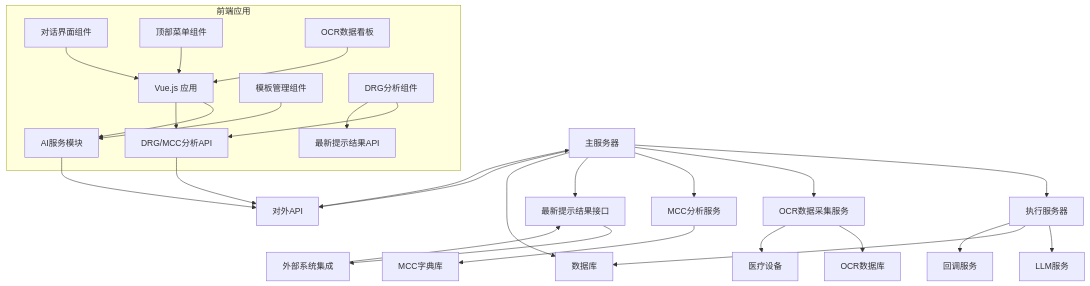
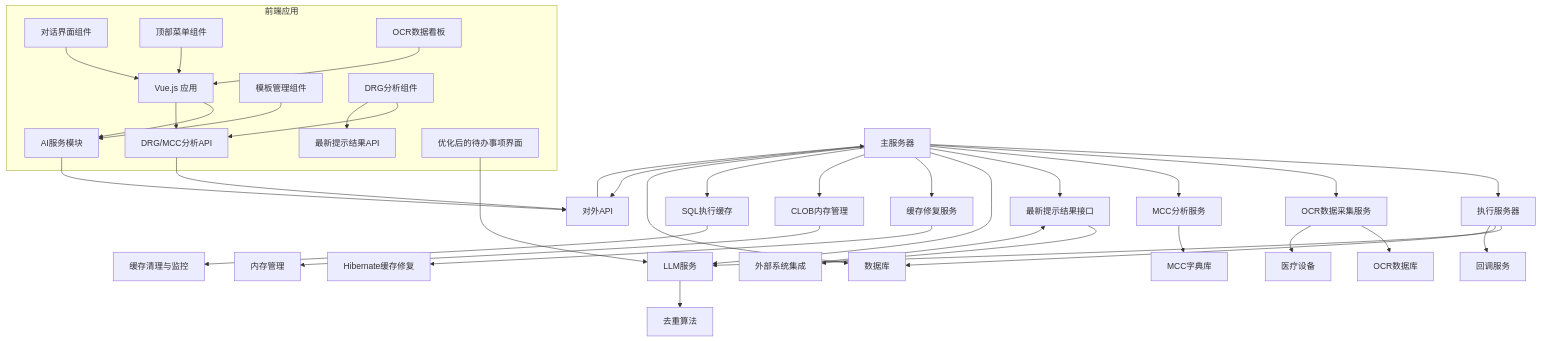
Before and after one commit to liuzh2008/med_ai_assistant_workspace: the second of 20 diagrams in .qoder/repowiki/zh/content/核心功能模块/AI诊断辅助系统.md, drawn with Mermaid. The commit also changed other lines of this file and 5 other files, not shown here.

````diff
--- a/.qoder/repowiki/zh/content/核心功能模块/AI诊断辅助系统.md
+++ b/.qoder/repowiki/zh/content/核心功能模块/AI诊断辅助系统.md
@@ -182,39 +227,49 @@
 ```mermaid
 graph TB
 A["主服务器"] --> B["执行服务器"]
 A --> C["OCR数据采集服务"]
 A --> D["MCC分析服务"]
 A --> E["最新提示结果接口"]
+A --> F["待办事项优化服务"]
+A --> G["缓存修复服务"]
+A --> H["CLOB内存管理"]
+A --> I["SQL执行缓存"]
 B --> F["LLM服务"]
-A --> G["数据库"]
-B --> G
-C --> H["OCR数据库"]
-C --> I["医疗设备"]
-D --> J["MCC字典库"]
-E --> K["外部系统集成"]
-B --> L["回调服务"]
-A --> M["对外API"]
-M --> A
+A --> J["数据库"]
+B --> J
+C --> K["OCR数据库"]
+C --> L["医疗设备"]
+D --> M["MCC字典库"]
+E --> N["外部系统集成"]
+F --> O["去重算法"]
+G --> P["Hibernate缓存修复"]
+H --> Q["内存管理"]
+I --> R["缓存清理与监控"]
+B --> S["回调服务"]
+A --> T["对外API"]
+T --> A
 subgraph "前端应用"
-N["Vue.js 应用"]
-O["AI服务模块"]
-P["DRG/MCC分析API"]
-Q["对话界面组件"]
-R["模板管理组件"]
-S["顶部菜单组件"]
-T["OCR数据看板"]
-U["DRG分析组件"]
-V["最新提示结果API"]
+U["Vue.js 应用"]
+V["AI服务模块"]
+W["DRG/MCC分析API"]
+X["对话界面组件"]
+Y["模板管理组件"]
+Z["顶部菜单组件"]
+AA["OCR数据看板"]
+BB["DRG分析组件"]
+CC["最新提示结果API"]
+DD["优化后的待办事项界面"]
 end
-N --> O
-N --> P
-P --> M
-O --> M
-Q --> N
-R --> O
-S --> N
-T --> N
-U --> P
 U --> V
-K --> E
+U --> W
+W --> T
+V --> T
+X --> U
+Y --> V
+Z --> U
+AA --> U
+BB --> W
+BB --> CC
+DD --> F
+N --> E
 ```
````
